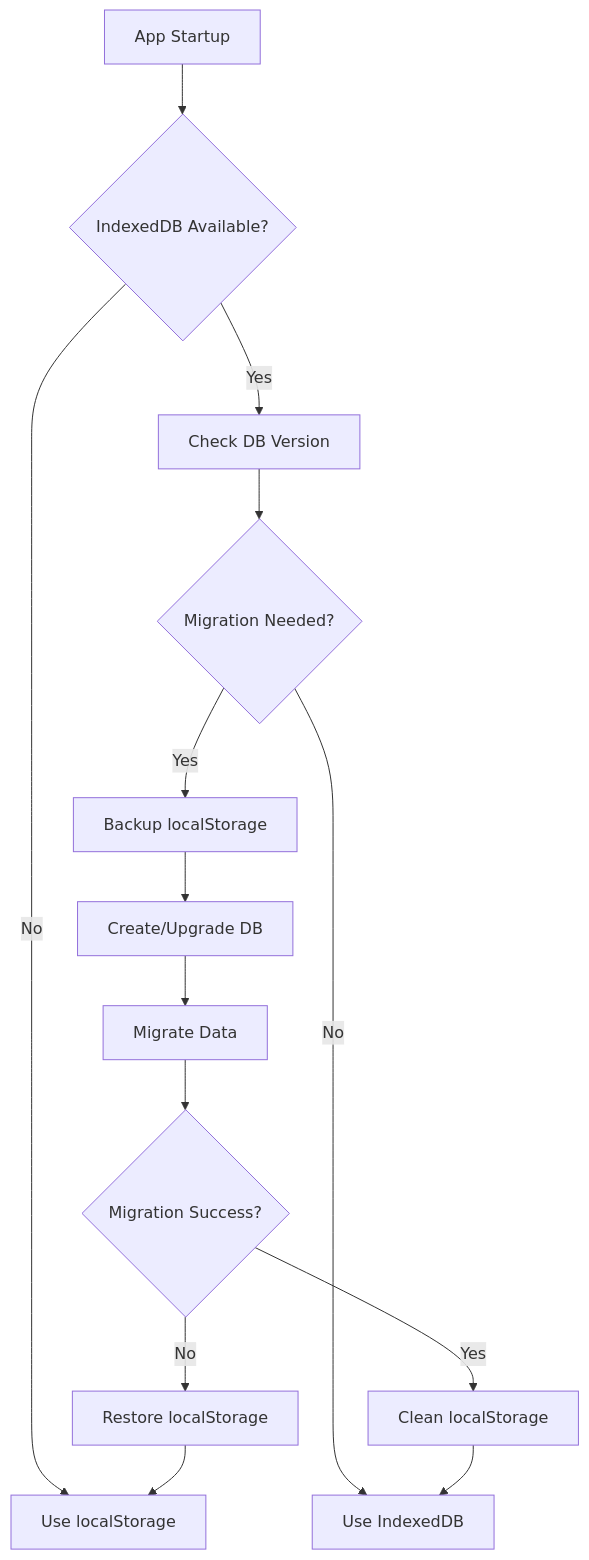
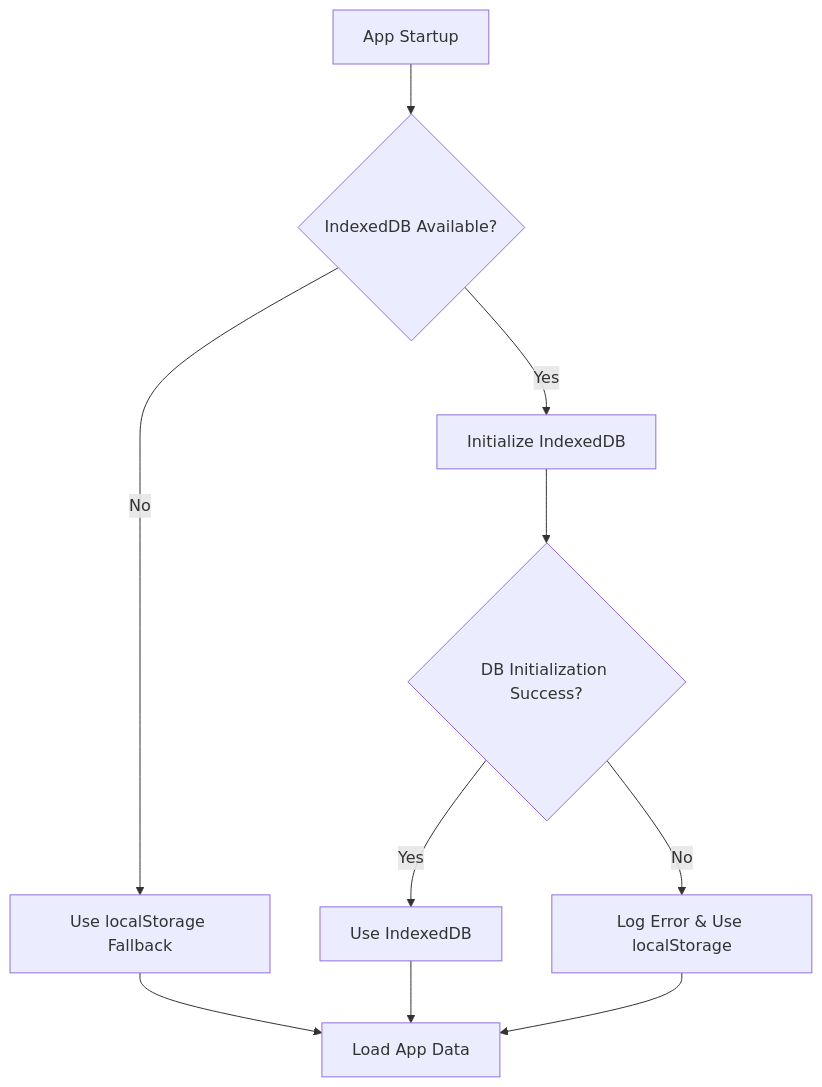
The diagram in IndexedDB_Migration_Plan.md (ArndRosemeier/Expert), drawn with Mermaid before and after one commit. The commit also changed other lines of this file and 14 other files, not shown here.

````diff
--- a/IndexedDB_Migration_Plan.md
+++ b/IndexedDB_Migration_Plan.md
@@ -179,16 +164,12 @@
 ```mermaid
 graph TD
     A[App Startup] --> B{IndexedDB Available?}
-    B -->|No| C[Use localStorage]
-    B -->|Yes| D[Check DB Version]
-    D --> E{Migration Needed?}
-    E -->|No| F[Use IndexedDB]
-    E -->|Yes| G[Backup localStorage]
-    G --> H[Create/Upgrade DB]
-    H --> I[Migrate Data]
-    I --> J{Migration Success?}
-    J -->|Yes| K[Clean localStorage]
-    J -->|No| L[Restore localStorage]
-    K --> F
-    L --> C
+    B -->|No| C[Use localStorage Fallback]
+    B -->|Yes| D[Initialize IndexedDB]
+    D --> E{DB Initialization Success?}
+    E -->|Yes| F[Use IndexedDB]
+    E -->|No| G[Log Error & Use localStorage]
+    F --> H[Load App Data]
+    C --> H
+    G --> H
 ```
````
